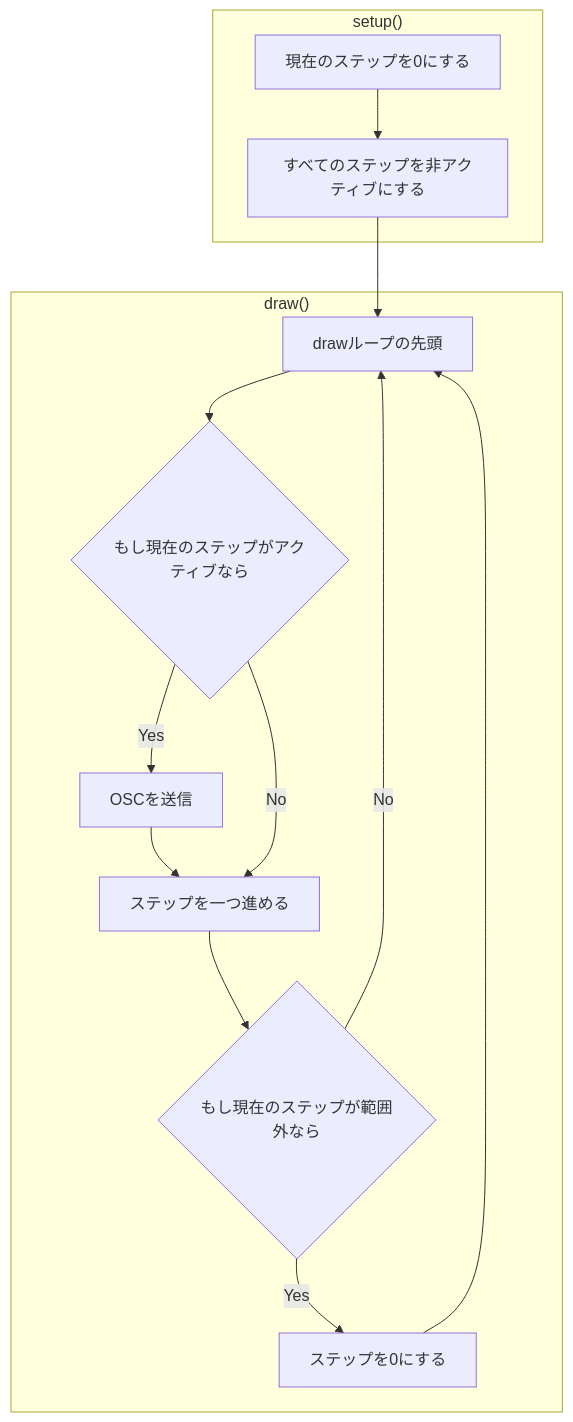
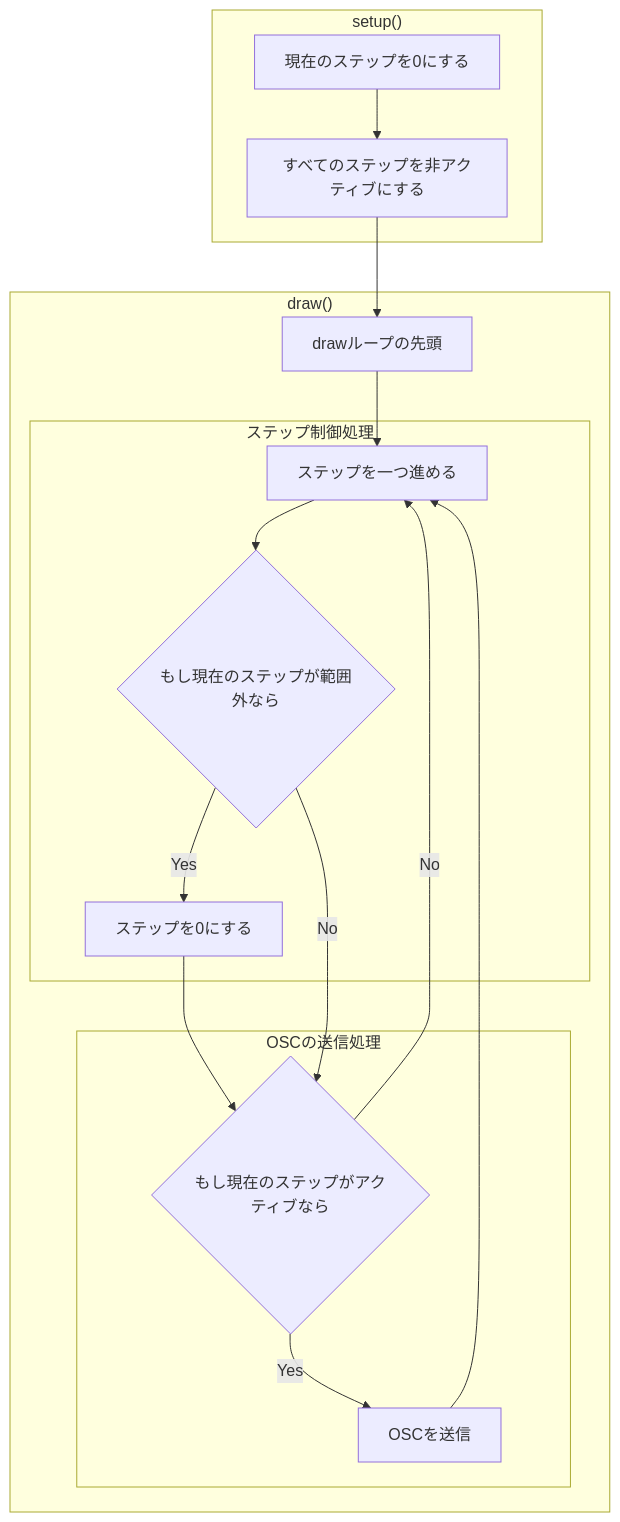
One commit to enkatsu/openlab-workshop202402 changed the diagram in recipes/README.md. Above: the diagram before and after it, drawn with Mermaid.

````diff
--- a/recipes/README.md
+++ b/recipes/README.md
@@ -5,27 +5,29 @@
 ```mermaid
 flowchart
     subgraph "setup()"
-    initCs[現在のステップを0にする]
-    initStep[すべてのステップを非アクティブにする]
+        initCs[現在のステップを0にする]
+        initStep[すべてのステップを非アクティブにする]
     end
     subgraph "draw()"
-    loopStart[drawループの先頭]
-    ifStepTrue{もし現在のステップがアクティブなら}
-    sendOsc[OSCを送信]
-    incBi[ステップを一つ進める]
-    ifCsOver{もし現在のステップが範囲外なら}
-    resetCs[ステップを0にする]
+        loopStart[drawループの先頭]
+        subgraph ステップ制御処理
+            incStep[ステップを一つ進める]
+            ifCsOver{もし現在のステップが範囲外なら}
+            resetCs[ステップを0にする]
+        end
+        subgraph OSCの送信処理
+            ifStepTrue{もし現在のステップがアクティブなら}
+            sendOsc[OSCを送信]
+        end
     end
 
     initCs --> initStep
     initStep --> loopStart
 
-    loopStart --> ifStepTrue
-    ifStepTrue --> |Yes| sendOsc
-    sendOsc --> incBi
-    ifStepTrue --> |No| incBi
-    incBi --> ifCsOver
-    ifCsOver -->|Yes| resetCs
-    resetCs --> loopStart
-    ifCsOver -->|No| loopStart
+    loopStart --> incStep
+    incStep --> ifCsOver
+    ifCsOver -->|Yes| resetCs --> ifStepTrue
+    ifCsOver -->|No| ifStepTrue
+    ifStepTrue --> |Yes| sendOsc --> incStep
+    ifStepTrue --> |No| incStep
 ```
````
